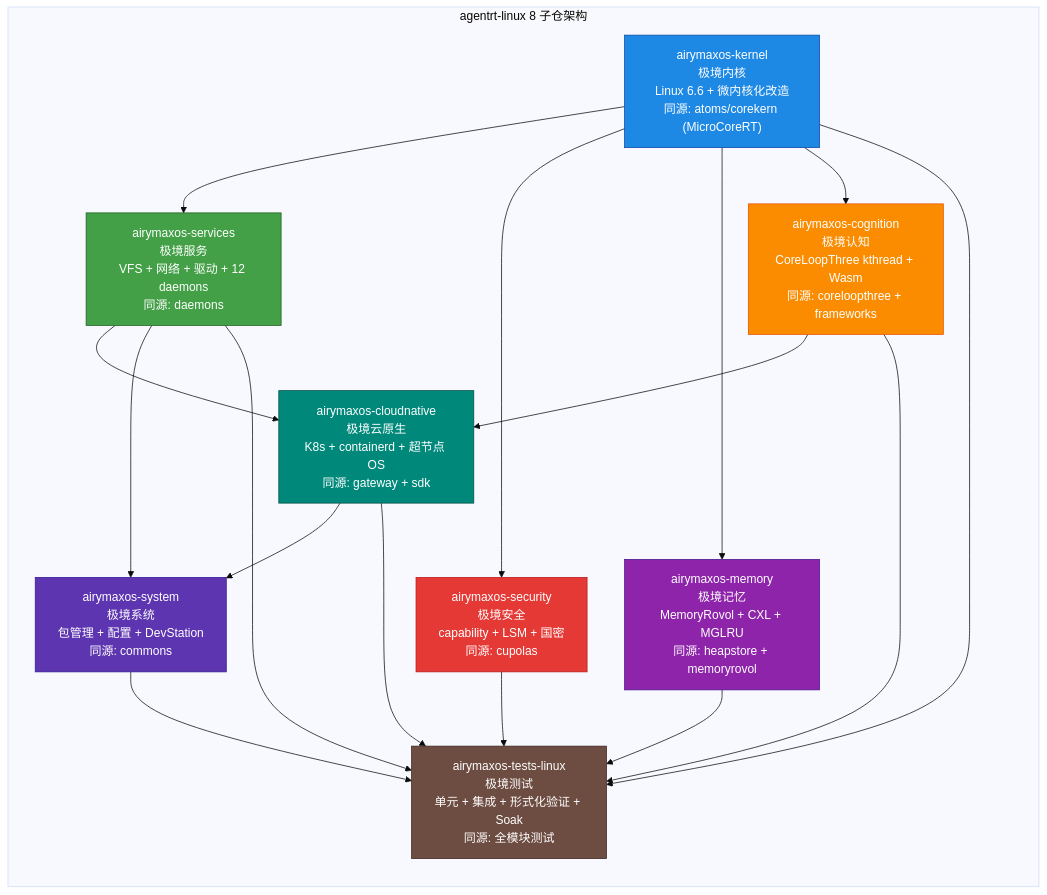
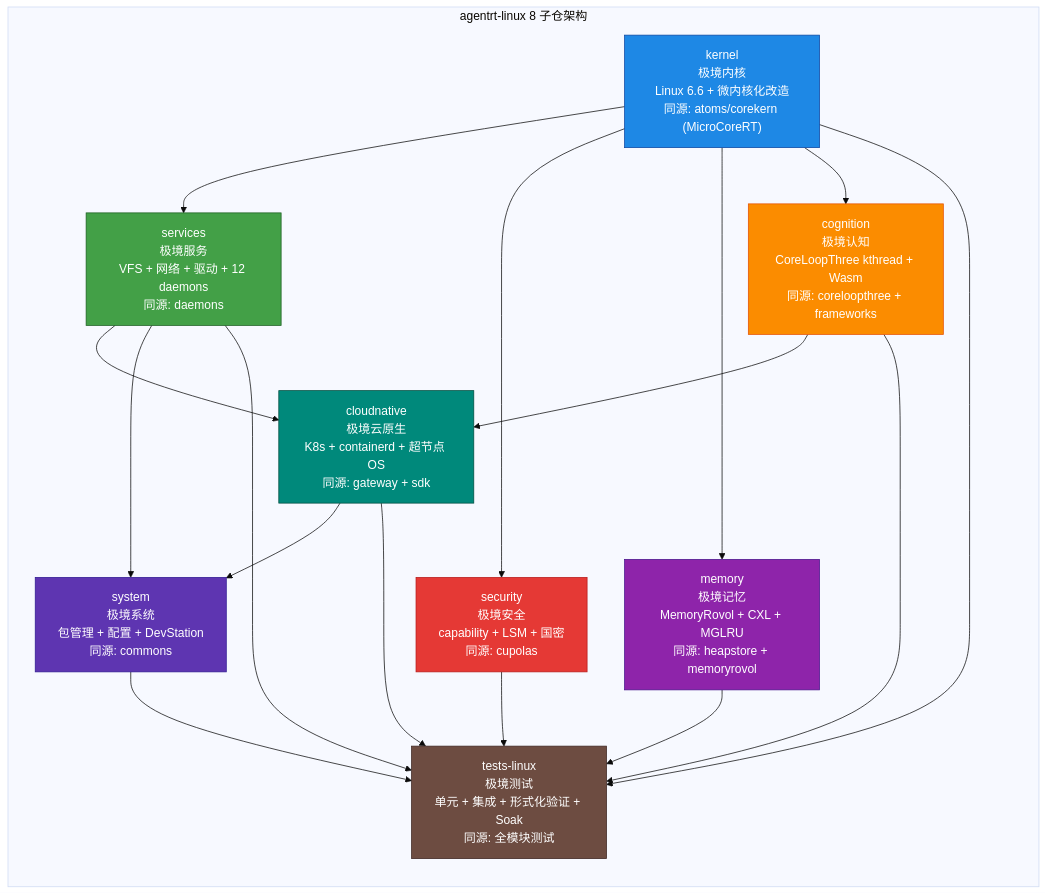
One commit to SpharxTeam/Docs changed the first of 2 diagrams in AirymaxOS/10-architecture/README.md. Above: the diagram before and after it, drawn with Mermaid (base theme). The commit also changed other lines of this file and 217 other files, not shown here.

````diff
--- a/AirymaxOS/10-architecture/README.md
+++ b/AirymaxOS/10-architecture/README.md
@@ -50,49 +50,49 @@
 ```mermaid
 graph TB
     subgraph "agentrt-linux 8 子仓架构"
         direction TB
 
-        KERNEL["airymaxos-kernel<br/>极境内核<br/>Linux 6.6 + 微内核化改造<br/>同源: atoms/corekern (MicroCoreRT)"]
-        SERVICES["airymaxos-services<br/>极境服务<br/>VFS + 网络 + 驱动 + 12 daemons<br/>同源: daemons"]
-        SECURITY["airymaxos-security<br/>极境安全<br/>capability + LSM + 国密<br/>同源: cupolas"]
-        MEMORY["airymaxos-memory<br/>极境记忆<br/>MemoryRovol + CXL + MGLRU<br/>同源: heapstore + memoryrovol"]
-        COGNITION["airymaxos-cognition<br/>极境认知<br/>CoreLoopThree kthread + Wasm<br/>同源: coreloopthree + frameworks"]
-        CLOUDNATIVE["airymaxos-cloudnative<br/>极境云原生<br/>K8s + containerd + 超节点 OS<br/>同源: gateway + sdk"]
-        SYSTEM["airymaxos-system<br/>极境系统<br/>包管理 + 配置 + DevStation<br/>同源: commons"]
-        TESTS["airymaxos-tests-linux<br/>极境测试<br/>单元 + 集成 + 形式化验证 + Soak<br/>同源: 全模块测试"]
+        KERNEL["kernel<br/>极境内核<br/>Linux 6.6 + 微内核化改造<br/>同源: atoms/corekern (MicroCoreRT)"]
+        SERVICES["services<br/>极境服务<br/>VFS + 网络 + 驱动 + 12 daemons<br/>同源: daemons"]
+        SECURITY["security<br/>极境安全<br/>capability + LSM + 国密<br/>同源: cupolas"]
+        MEMORY["memory<br/>极境记忆<br/>MemoryRovol + CXL + MGLRU<br/>同源: heapstore + memoryrovol"]
+        COGNITION["cognition<br/>极境认知<br/>CoreLoopThree kthread + Wasm<br/>同源: coreloopthree + frameworks"]
+        CLOUDNATIVE["cloudnative<br/>极境云原生<br/>K8s + containerd + 超节点 OS<br/>同源: gateway + sdk"]
+        SYSTEM["system<br/>极境系统<br/>包管理 + 配置 + DevStation<br/>同源: commons"]
+        TESTS["tests-linux<br/>极境测试<br/>单元 + 集成 + 形式化验证 + Soak<br/>同源: 全模块测试"]
 
         KERNEL --> SERVICES
         KERNEL --> SECURITY
         KERNEL --> MEMORY
         KERNEL --> COGNITION
         SERVICES --> CLOUDNATIVE
         COGNITION --> CLOUDNATIVE
         SERVICES --> SYSTEM
         CLOUDNATIVE --> SYSTEM
         KERNEL --> TESTS
         SERVICES --> TESTS
         SECURITY --> TESTS
         MEMORY --> TESTS
         COGNITION --> TESTS
         CLOUDNATIVE --> TESTS
         SYSTEM --> TESTS
     end
 
     classDef kernelStyle fill:#1e88e5,stroke:#0d47a1,color:#ffffff
     classDef serviceStyle fill:#43a047,stroke:#1b5e20,color:#ffffff
     classDef securityStyle fill:#e53935,stroke:#b71c1c,color:#ffffff
     classDef memoryStyle fill:#8e24aa,stroke:#4a148c,color:#ffffff
     classDef cognitionStyle fill:#fb8c00,stroke:#e65100,color:#ffffff
     classDef cloudStyle fill:#00897b,stroke:#004d40,color:#ffffff
     classDef systemStyle fill:#5e35b1,stroke:#311b92,color:#ffffff
     classDef testStyle fill:#6d4c41,stroke:#3e2723,color:#ffffff
 
     class KERNEL kernelStyle
     class SERVICES serviceStyle
     class SECURITY securityStyle
     class MEMORY memoryStyle
     class COGNITION cognitionStyle
     class CLOUDNATIVE cloudStyle
     class SYSTEM systemStyle
     class TESTS testStyle
 ```
````
